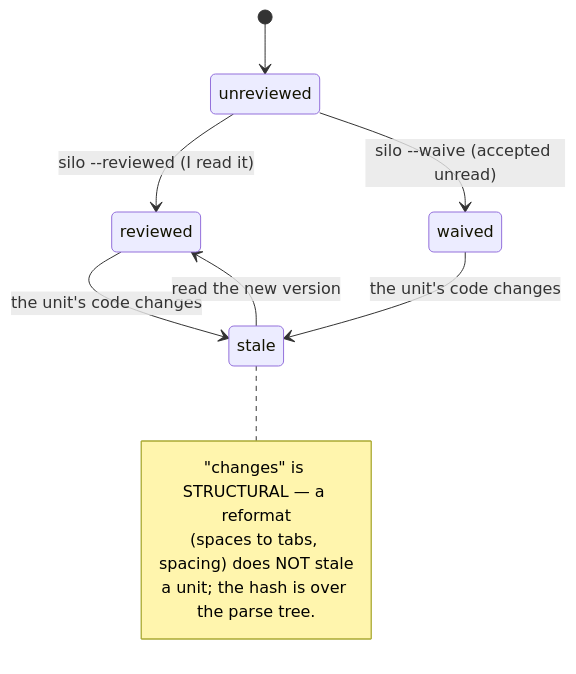
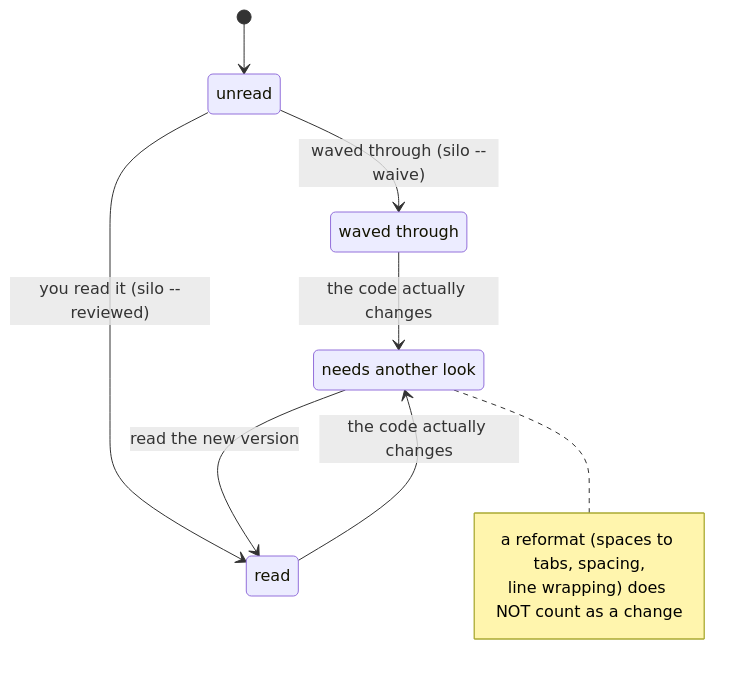
One commit to brianjenkins94/silo changed the third of 4 diagrams in README.md. Above: the diagram before and after it, drawn with Mermaid. The commit also changed other lines of this file, not shown here.

````diff
--- a/README.md
+++ b/README.md
@@ -128,14 +129,15 @@
 ```mermaid
 stateDiagram-v2
-    [*] --> unreviewed
-    unreviewed --> reviewed: silo --reviewed (I read it)
-    unreviewed --> waived: silo --waive (accepted unread)
-    reviewed --> stale: the unit's code changes
-    waived --> stale: the unit's code changes
-    stale --> reviewed: read the new version
-    note right of stale
-        "changes" is STRUCTURAL — a reformat
-        (spaces to tabs, spacing) does NOT stale
-        a unit; the hash is over the parse tree.
+    state "waved through" as waved
+    state "needs another look" as look
+    [*] --> unread
+    unread --> read: you read it (silo --reviewed)
+    unread --> waved: waved through (silo --waive)
+    read --> look: the code actually changes
+    waved --> look: the code actually changes
+    look --> read: read the new version
+    note right of look
+        a reformat (spaces to tabs, spacing,
+        line wrapping) does NOT count as a change
     end note
 ```
````
